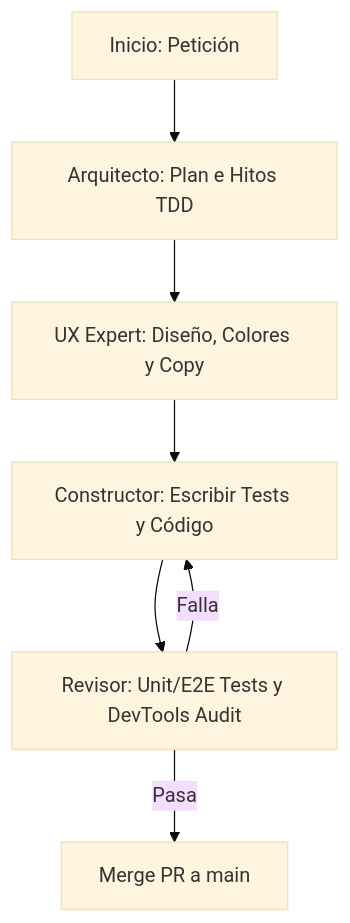
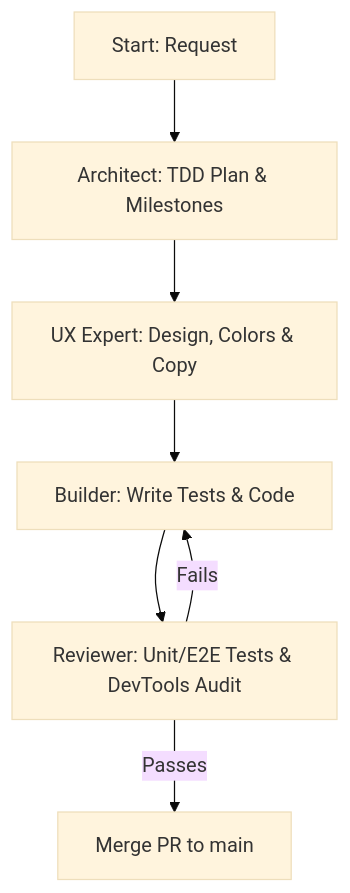
The diagram in AGENTS.md (zapata131/elmeeple-tienda), drawn with Mermaid (base theme) before and after one commit. The commit also changed other lines of this file and 3 other files, not shown here.

````diff
--- a/AGENTS.md
+++ b/AGENTS.md
@@ -48,9 +48,9 @@
 ```mermaid
 graph TD
-    A[Inicio: Petición] --> B[Arquitecto: Plan e Hitos TDD]
-    B --> C[UX Expert: Diseño, Colores y Copy]
-    C --> D[Constructor: Escribir Tests y Código]
-    D --> E[Revisor: Unit/E2E Tests y DevTools Audit]
-    E -->|Falla| D
-    E -->|Pasa| F[Merge PR a main]
+    A[Start: Request] --> B[Architect: TDD Plan & Milestones]
+    B --> C[UX Expert: Design, Colors & Copy]
+    C --> D[Builder: Write Tests & Code]
+    D --> E[Reviewer: Unit/E2E Tests & DevTools Audit]
+    E -->|Fails| D
+    E -->|Passes| F[Merge PR to main]
 ```
````
